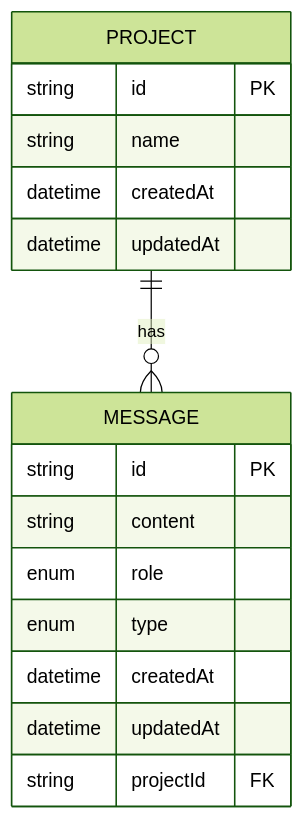
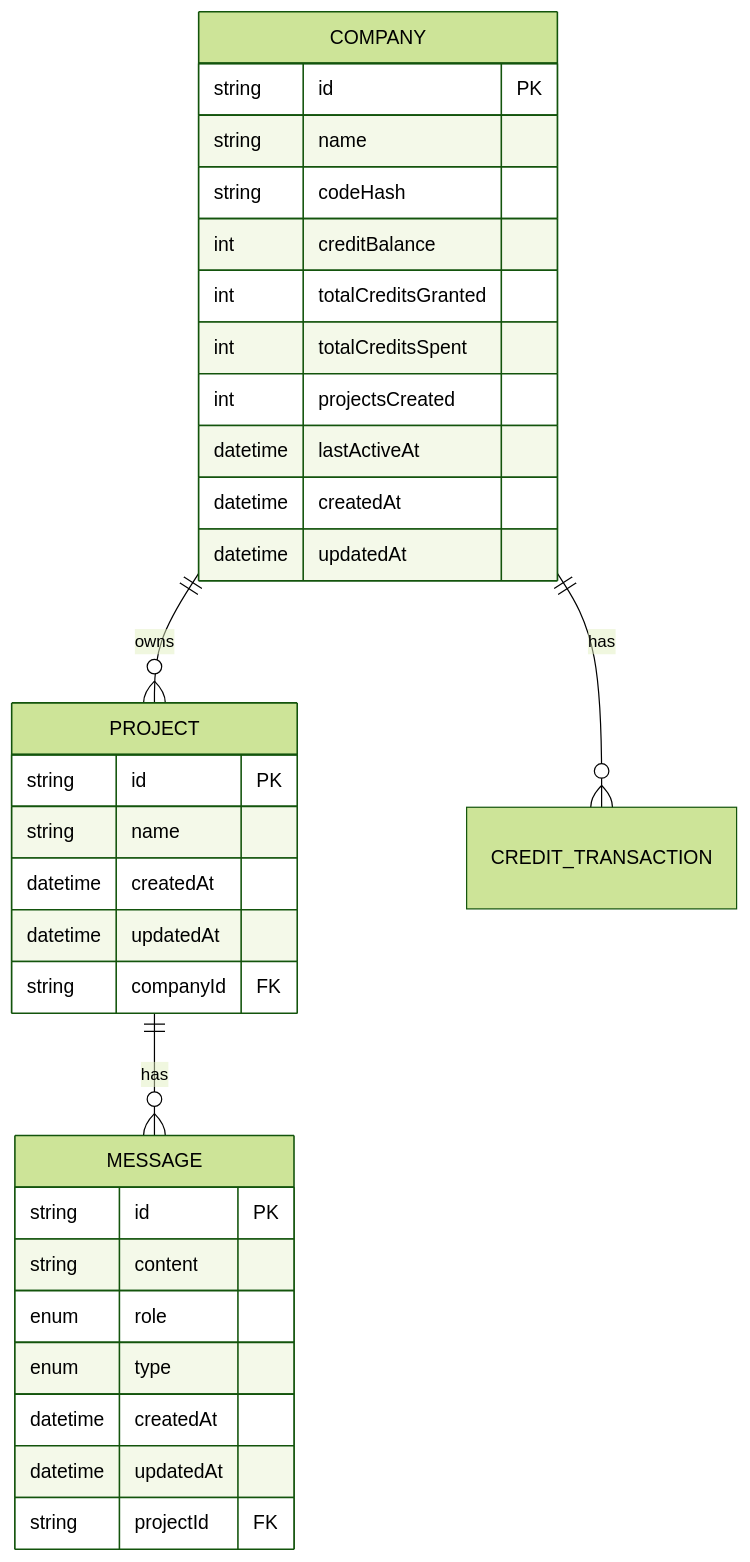
Before and after one commit to roisulimani/qai: the first of 4 diagrams in .qoder/repowiki/en/content/Data Models & Schema Design/Project Model.md, drawn with Mermaid (forest theme). The commit also changed other lines of this file and 4 other files, not shown here.

First line of the commit message:
docs(company-credit): add comprehensive documentation for company credit system

````diff
--- a/.qoder/repowiki/en/content/Data Models & Schema Design/Project Model.md
+++ b/.qoder/repowiki/en/content/Data Models & Schema Design/Project Model.md
@@ -39,19 +53,34 @@
 ```mermaid
 erDiagram
 PROJECT {
 string id PK
 string name
+datetime createdAt
+datetime updatedAt
+string companyId FK
+}
+COMPANY {
+string id PK
+string name
+string codeHash
+int creditBalance
+int totalCreditsGranted
+int totalCreditsSpent
+int projectsCreated
+datetime lastActiveAt
 datetime createdAt
 datetime updatedAt
 }
 MESSAGE {
 string id PK
 string content
 enum role
 enum type
 datetime createdAt
 datetime updatedAt
 string projectId FK
 }
 PROJECT ||--o{ MESSAGE : "has"
+COMPANY ||--o{ PROJECT : "owns"
+COMPANY ||--o{ CREDIT_TRANSACTION : "has"
 ```
````
